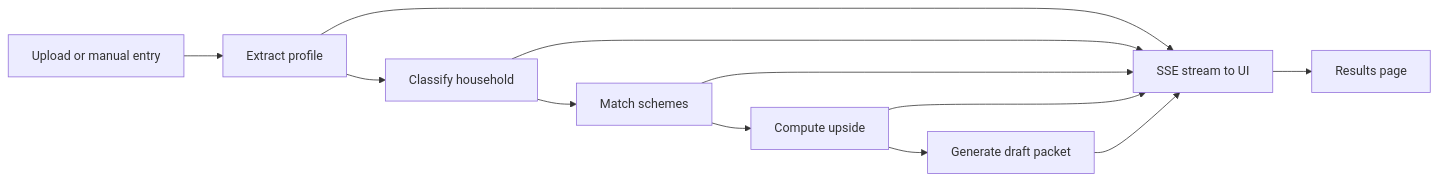
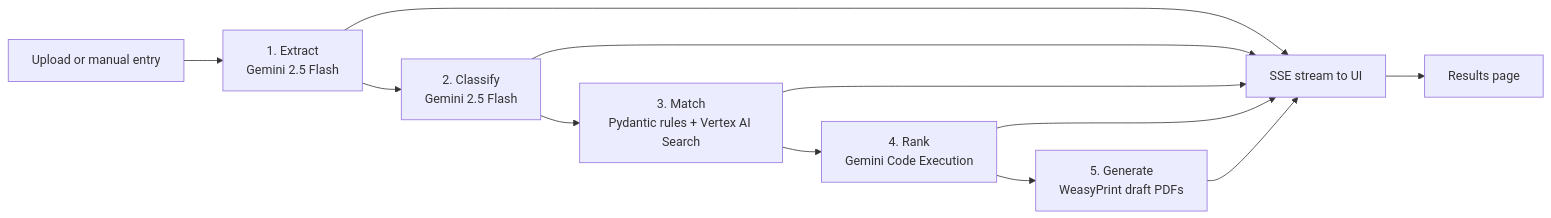
The second of 3 diagrams in README.md (AlaskanTuna/Layak), drawn with Mermaid before and after one commit. The commit also changed other lines of this file, not shown here.

````diff
--- a/README.md
+++ b/README.md
@@ -125,18 +83,13 @@
 ```mermaid
 flowchart LR
-    Intake[Upload or manual entry]
-    Extract[Extract profile]
-    Classify[Classify household]
-    Match[Match schemes]
-    Upside[Compute upside]
-    Generate[Generate draft packet]
-    SSE[SSE stream to UI]
-    Results[Results page]
-
-    Intake --> Extract --> Classify --> Match --> Upside --> Generate
-    Extract --> SSE
+    Intake[Upload or manual entry] --> Extract[1. Extract<br/>Gemini 2.5 Flash]
+    Extract --> Classify[2. Classify<br/>Gemini 2.5 Flash]
+    Classify --> Match[3. Match<br/>Pydantic rules + Vertex AI Search]
+    Match --> Rank[4. Rank<br/>Gemini Code Execution]
+    Rank --> Generate[5. Generate<br/>WeasyPrint draft PDFs]
+    Extract --> SSE[SSE stream to UI]
     Classify --> SSE
     Match --> SSE
-    Upside --> SSE
-    Generate --> SSE --> Results
+    Rank --> SSE
+    Generate --> SSE --> Results[Results page]
 ```
````
